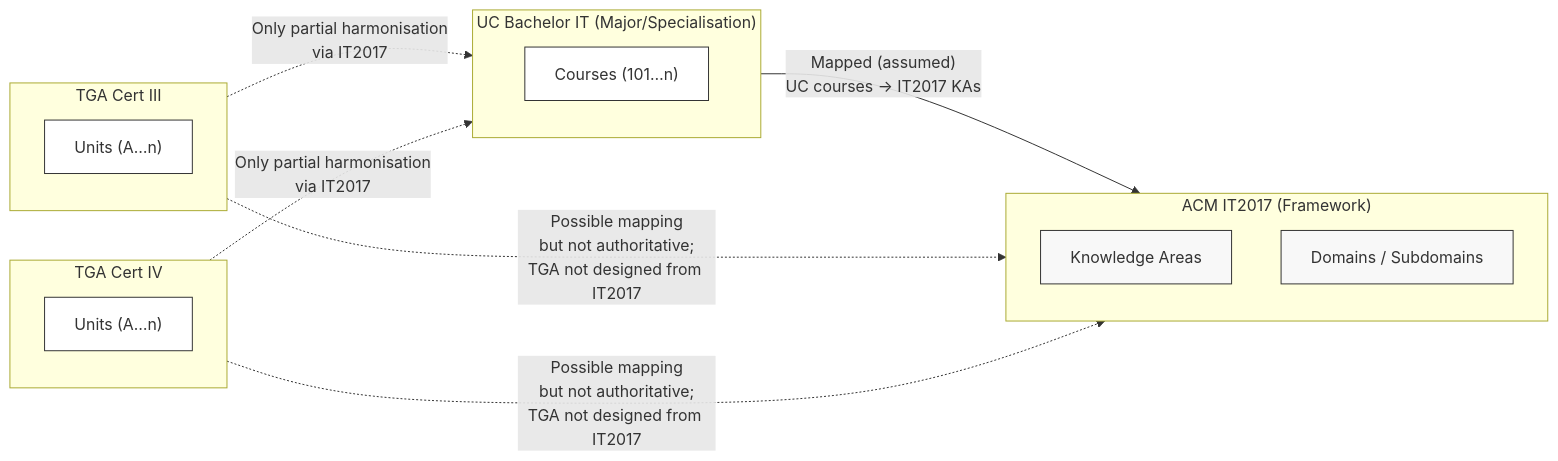
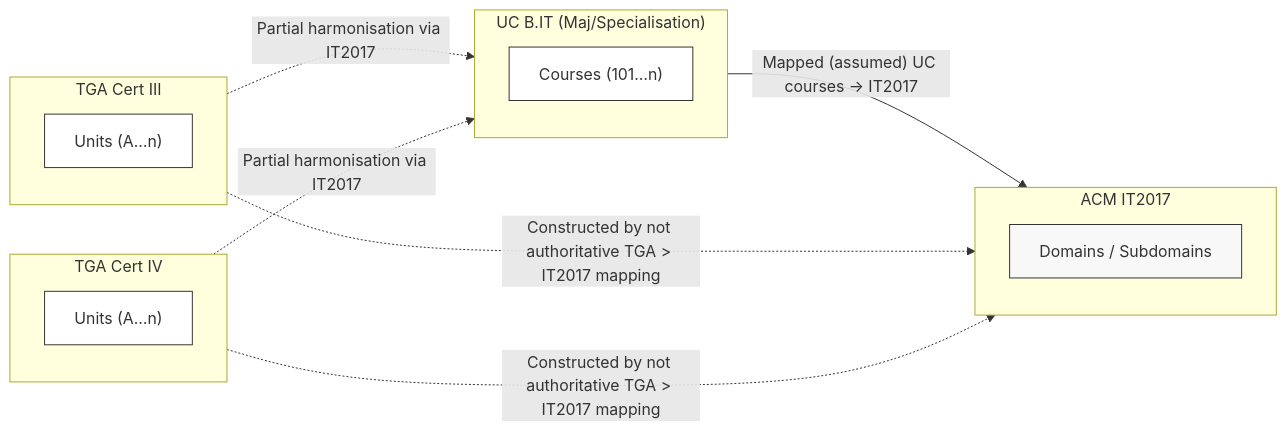
One commit to leskneebone/skills-SPARQL changed the second of 3 diagrams in reports/creditTransferModels.md. Above: the diagram before and after it, drawn with Mermaid. The commit also changed other lines of this file, not shown here.

````diff
--- a/reports/creditTransferModels.md
+++ b/reports/creditTransferModels.md
@@ -32,34 +30,33 @@
 ```mermaid
 flowchart LR
-  %% Diagram 2 — attempt harmonisation via IT2017 (helps HE more than VET)
+  %% Diagram 2 — attempt mapping via IT2017 (helps HE more than VET)
   subgraph CertIII["TGA Cert III"]
     C3["Units (A…n)"]:::unit
   end
 
   subgraph CertIV["TGA Cert IV"]
     C4["Units (A…n)"]:::unit
   end
 
-  subgraph UCBIT["UC Bachelor IT (Major/Specialisation)"]
+  subgraph UCBIT["UC B.IT (Maj/Specialisation)"]
     UC["Courses (101…n)"]:::unit
   end
 
-  subgraph IT2017["ACM IT2017 (Framework)"]
-    KA["Knowledge Areas"]:::scheme
-    KAsub["Domains / Subdomains"]:::scheme
+  subgraph IT2017["ACM IT2017"]
+    KA["Domains / Subdomains"]:::scheme
   end
 
-  %% HE aligns more naturally (assumed mapping)
-  UCBIT -- "Mapped (assumed)\nUC courses → IT2017 KAs" --> IT2017
+  %% HE aligns (assumed mapping)
+  UCBIT -- "Mapped (assumed) UC courses → IT2017" --> IT2017
 
-  %% VET: possible mapping, but not designed with IT2017 in mind
-  CertIII -. "Possible mapping\nbut not authoritative;\nTGA not designed from IT2017" .-> IT2017
-  CertIV  -. "Possible mapping\nbut not authoritative;\nTGA not designed from IT2017" .-> IT2017
+  %% VET: possible mapping, with no explicit IT2017 mapping
+  CertIII -. "Constructed by not authoritative TGA > IT2017 mapping" .-> IT2017
+  CertIV  -. "Constructed by not authoritative TGA > IT2017 mapping" .-> IT2017
 
-  %% therefore the crosswalk is still partial/uneven
-  CertIII -. "Only partial harmonisation\nvia IT2017" .-> UCBIT
-  CertIV  -. "Only partial harmonisation\nvia IT2017" .-> UCBIT
+  %% therefore crosswalk is still partial/uneven
+  CertIII -. "Partial harmonisation via IT2017" .-> UCBIT
+  CertIV  -. "Partial harmonisation via IT2017" .-> UCBIT
 
   classDef unit fill:#fff,stroke:#333,stroke-width:1px;
   classDef scheme fill:#f8f8f8,stroke:#333,stroke-width:1px;
 ```
````
